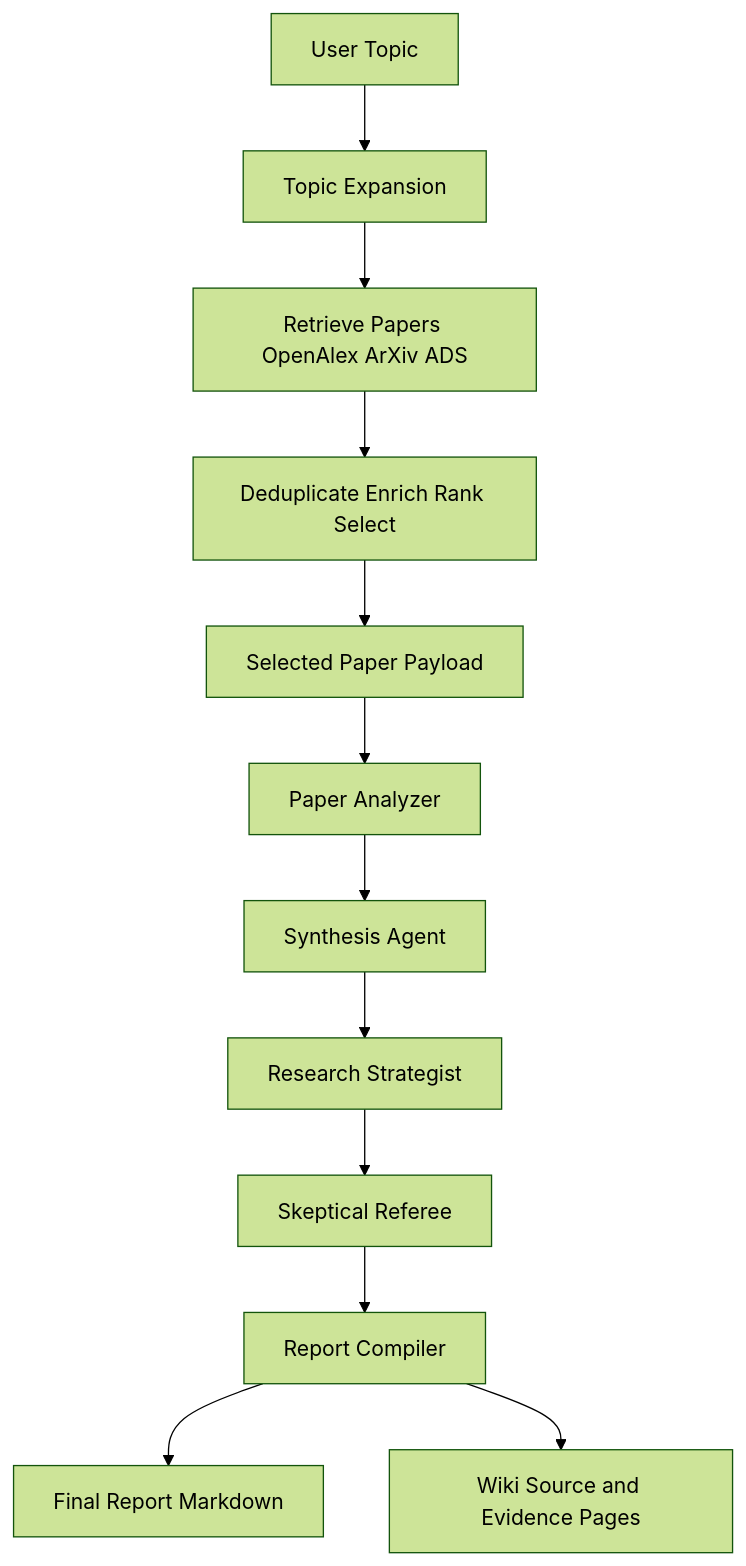
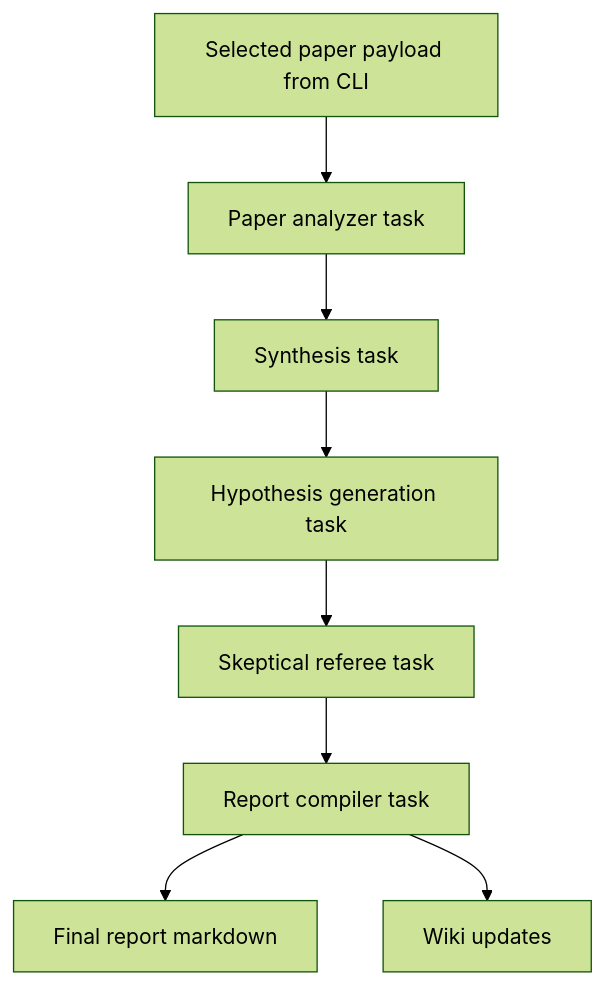
Before and after one commit to panchambanerjee/astro-research-assistant: the second of 3 diagrams in README.md, drawn with Mermaid (forest theme). The commit also changed other lines of this file and 15 other files, not shown here.

````diff
--- a/README.md
+++ b/README.md
@@ -191,14 +232,10 @@
 ```mermaid
 flowchart TD
-    userTopic[User Topic] --> topicExpansion[Topic Expansion]
-    topicExpansion --> retrieval[Retrieve Papers OpenAlex ArXiv ADS]
-    retrieval --> dedupRank[Deduplicate Enrich Rank Select]
-    dedupRank --> paperPayload[Selected Paper Payload]
-    paperPayload --> analyzeTask[Paper Analyzer]
-    analyzeTask --> synthTask[Synthesis Agent]
-    synthTask --> hypTask[Research Strategist]
-    hypTask --> refereeTask[Skeptical Referee]
-    refereeTask --> reportTask[Report Compiler]
-    reportTask --> reportOut[Final Report Markdown]
-    reportTask --> wikiOut[Wiki Source and Evidence Pages]
+    Payload[Selected paper payload from CLI] --> Analyze[Paper analyzer task]
+    Analyze --> Synth[Synthesis task]
+    Synth --> Hyp[Hypothesis generation task]
+    Hyp --> Referee[Skeptical referee task]
+    Referee --> Compile[Report compiler task]
+    Compile --> ReportOut[Final report markdown]
+    Compile --> WikiOut[Wiki updates]
 ```
````
